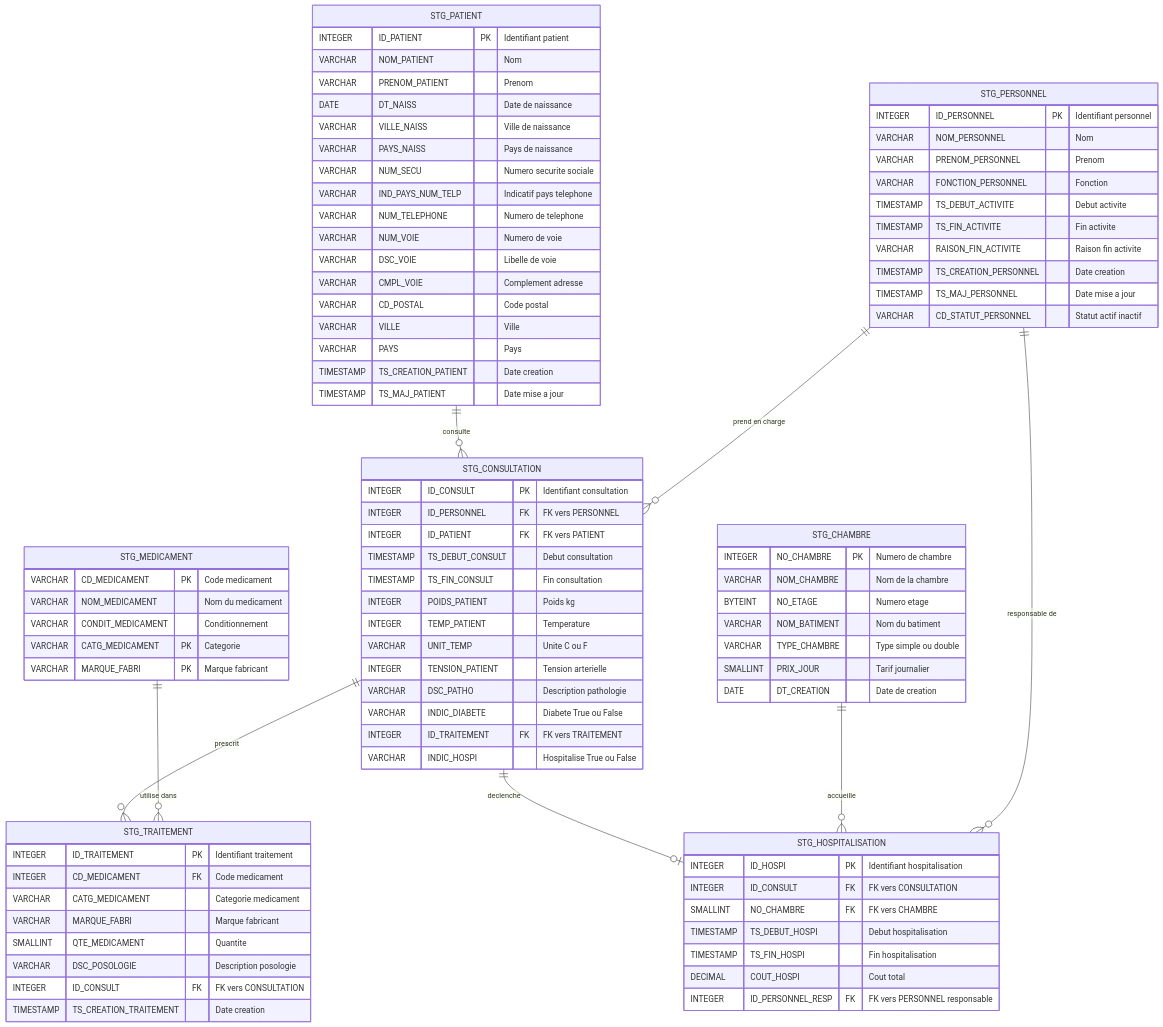
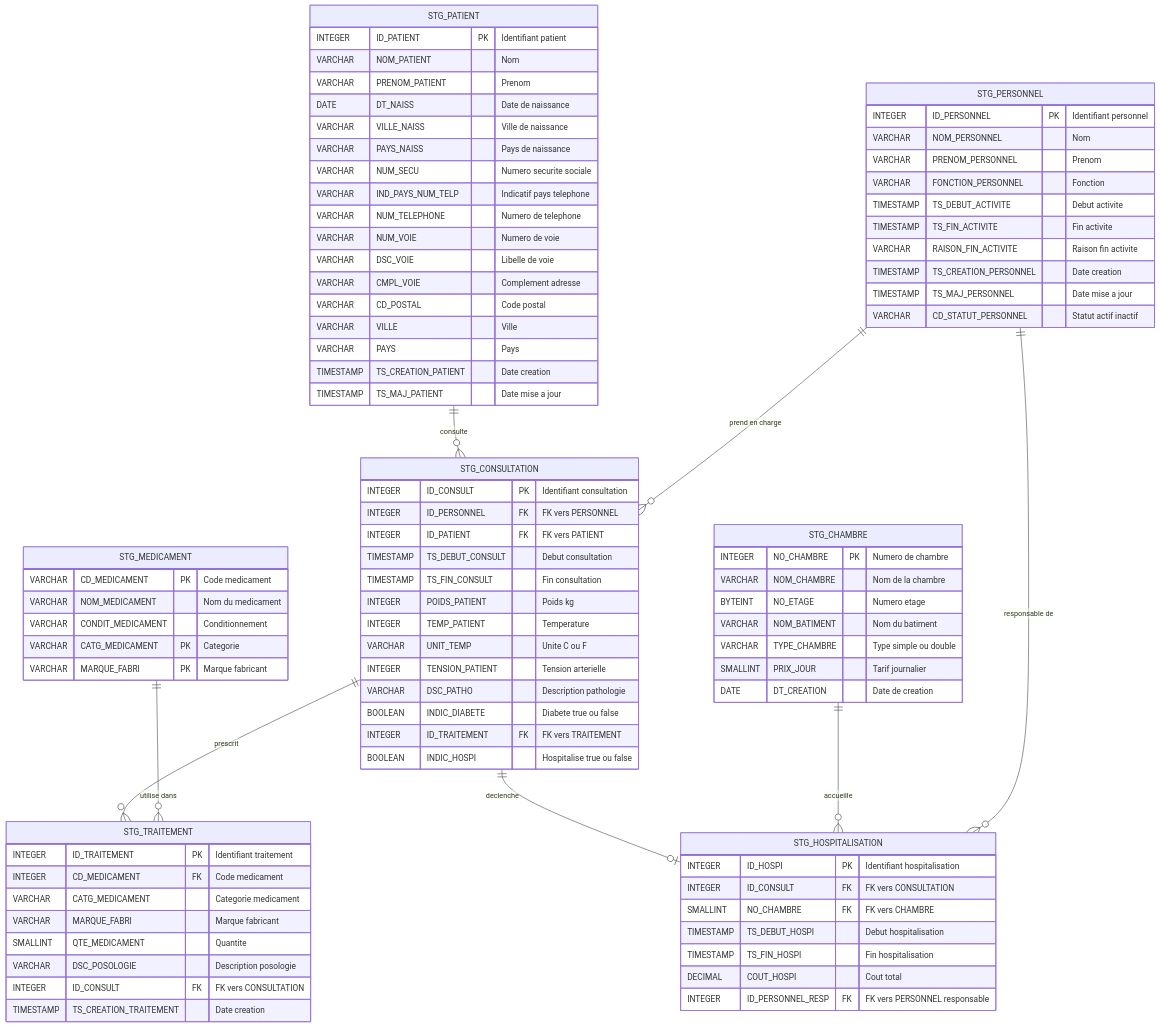
Before and after one commit to Pierrafrom/bi-platform: the diagram in docs/01-staging.md, drawn with Mermaid. The commit also changed other lines of this file and 5 other files, not shown here.

```diff
--- a/docs/01-staging.md
+++ b/docs/01-staging.md
@@ -91,9 +91,9 @@
         VARCHAR    UNIT_TEMP           "Unite C ou F"
         INTEGER    TENSION_PATIENT     "Tension arterielle"
         VARCHAR    DSC_PATHO           "Description pathologie"
-        VARCHAR    INDIC_DIABETE       "Diabete True ou False"
+        BOOLEAN    INDIC_DIABETE       "Diabete true ou false"
         INTEGER    ID_TRAITEMENT    FK "FK vers TRAITEMENT"
-        VARCHAR    INDIC_HOSPI         "Hospitalise True ou False"
+        BOOLEAN    INDIC_HOSPI         "Hospitalise true ou false"
     }
 
     STG_TRAITEMENT {
```
